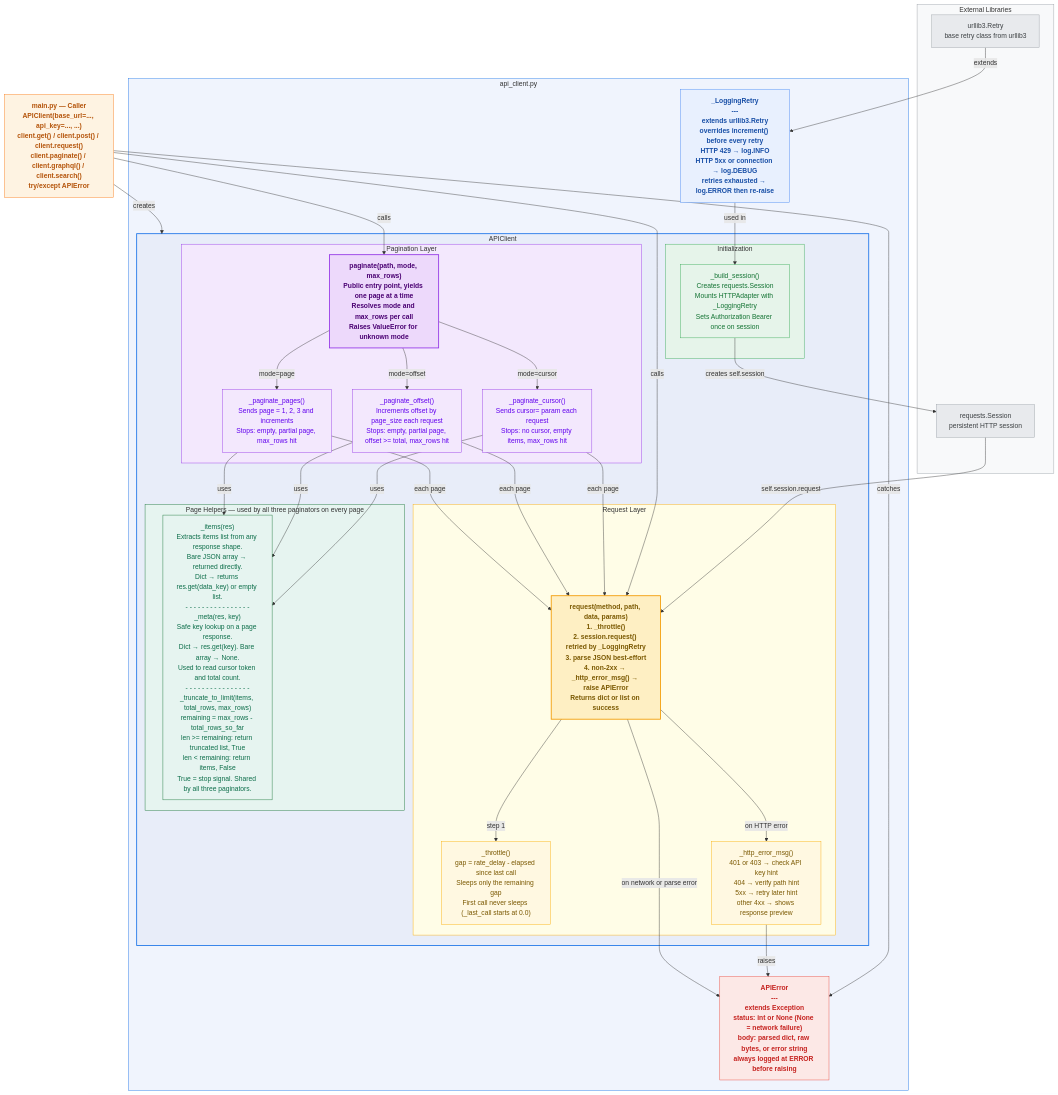
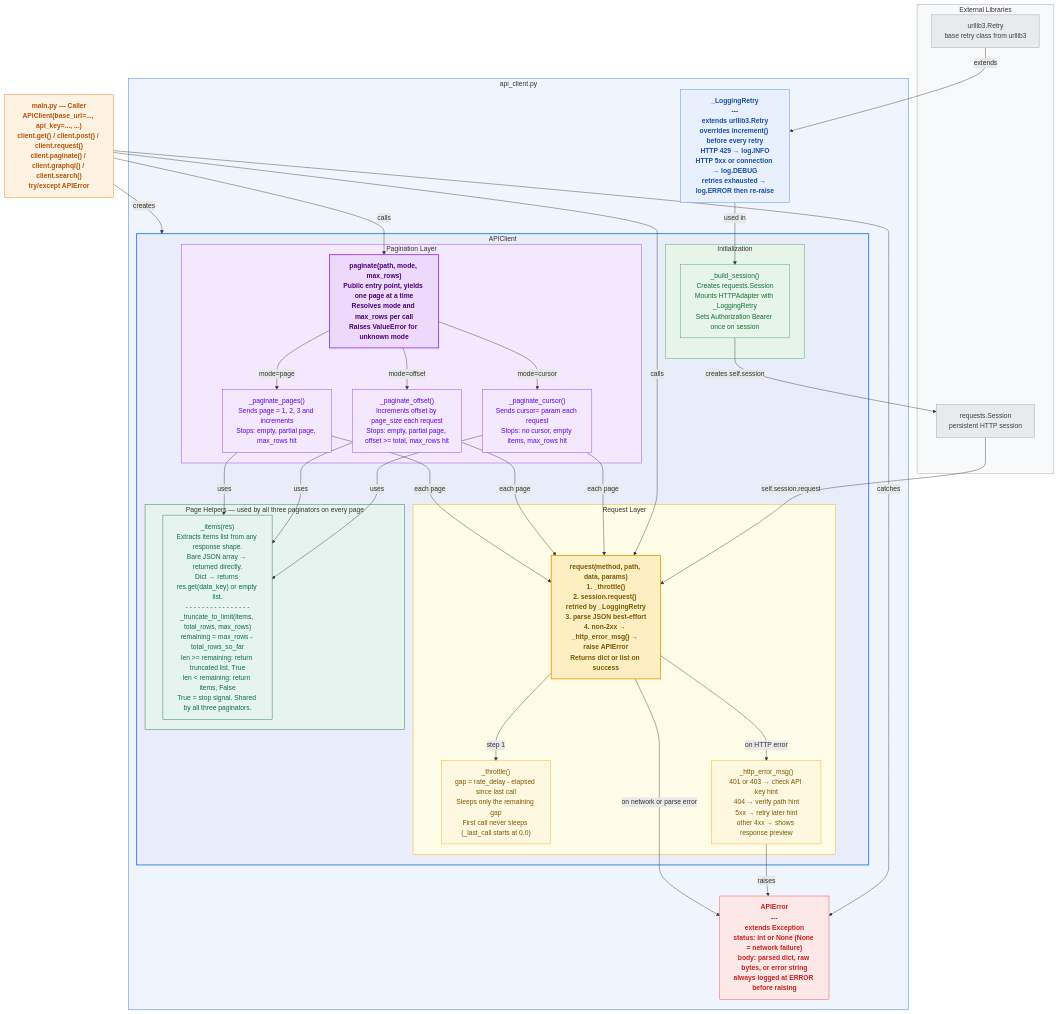
Before and after one commit to ThorstenWeberGER/api-client: the diagram in README.md, drawn with Mermaid. The commit also changed other lines of this file and 3 other files, not shown here.

```diff
--- a/README.md
+++ b/README.md
@@ -53,7 +53,7 @@
             end
 
             subgraph HG["Page Helpers — used by all three paginators on every page"]
-                HELPERS["_items(res)\nExtracts items list from any response shape.\nBare JSON array → returned directly.\nDict → returns res.get(data_key) or empty list.\n- - - - - - - - - - - - - - - -\n_meta(res, key)\nSafe key lookup on a page response.\nDict → res.get(key). Bare array → None.\nUsed to read cursor token and total count.\n- - - - - - - - - - - - - - - -\n_truncate_to_limit(items, total_rows, max_rows)\nremaining = max_rows - total_rows_so_far\nlen >= remaining: return truncated list, True\nlen < remaining: return items, False\nTrue = stop signal. Shared by all three paginators."]
+                HELPERS["_items(res)\nExtracts items list from any response shape.\nBare JSON array → returned directly.\nDict → returns res.get(data_key) or empty list.\n- - - - - - - - - - - - - - - -\n_truncate_to_limit(items, total_rows, max_rows)\nremaining = max_rows - total_rows_so_far\nlen >= remaining: return truncated list, True\nlen < remaining: return items, False\nTrue = stop signal. Shared by all three paginators."]
             end
 
         end
```
